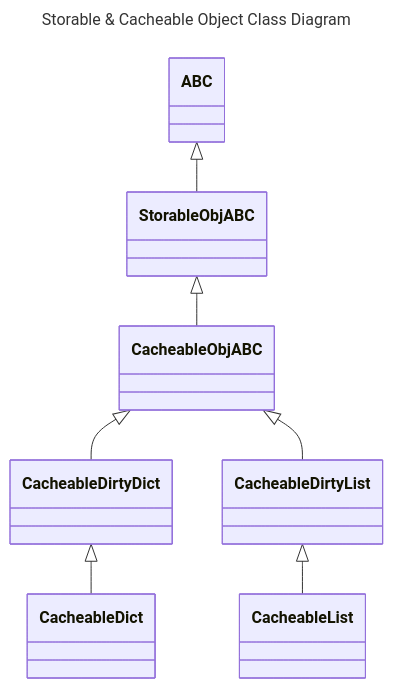
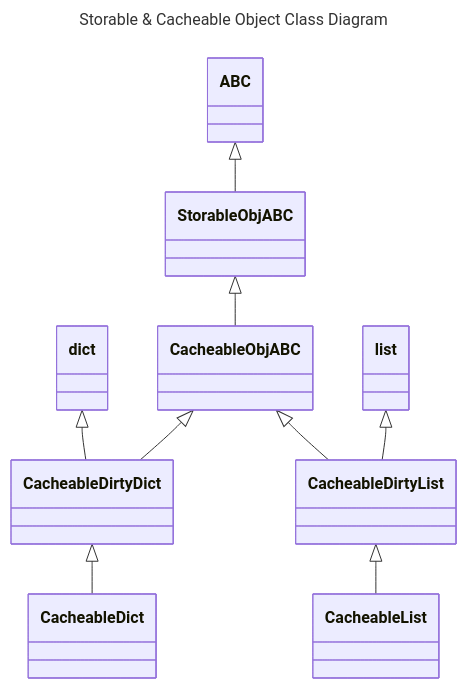
One commit to Shapedsundew9/erasmus-gp changed the third of 5 diagrams in egppy/egppy/storage/docs/stores.md. Above: the diagram before and after it, drawn with Mermaid. The commit also changed other lines of this file and 28 other files, not shown here.

````diff
--- a/egppy/egppy/storage/docs/stores.md
+++ b/egppy/egppy/storage/docs/stores.md
@@ -70,12 +70,14 @@
 ```mermaid
 ---
 title: Storable & Cacheable Object Class Diagram
 ---
 classDiagram
     ABC <|-- StorableObjABC
     StorableObjABC <|-- CacheableObjABC
+    dict <|-- CacheableDirtyDict
     CacheableObjABC <|-- CacheableDirtyDict
     CacheableObjABC <|-- CacheableDirtyList
+    list <|-- CacheableDirtyList
     CacheableDirtyDict <|-- CacheableDict
     CacheableDirtyList <|-- CacheableList
 ```
````
